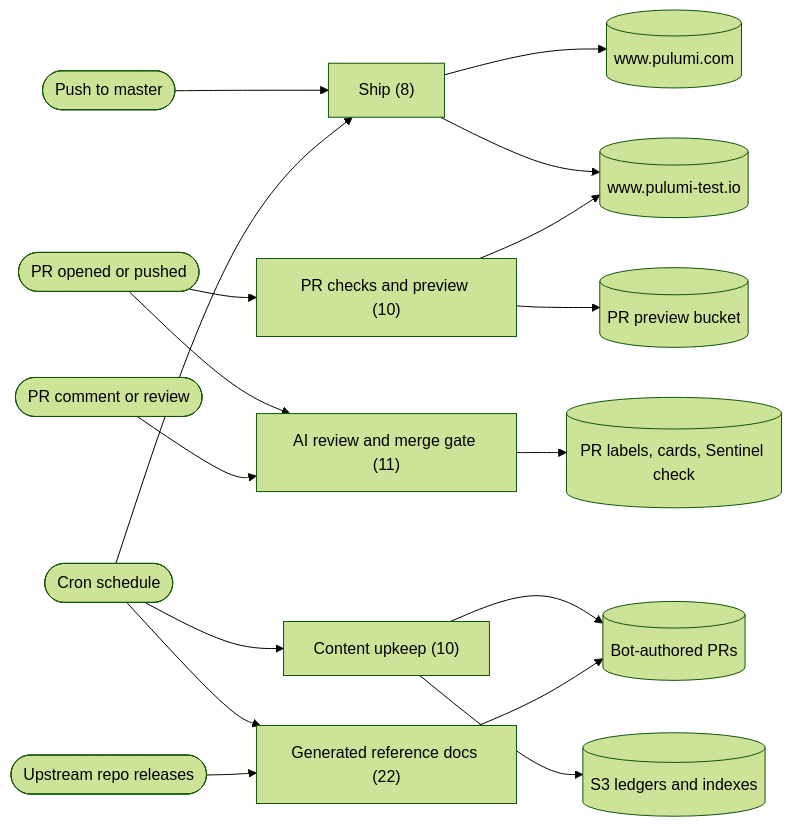
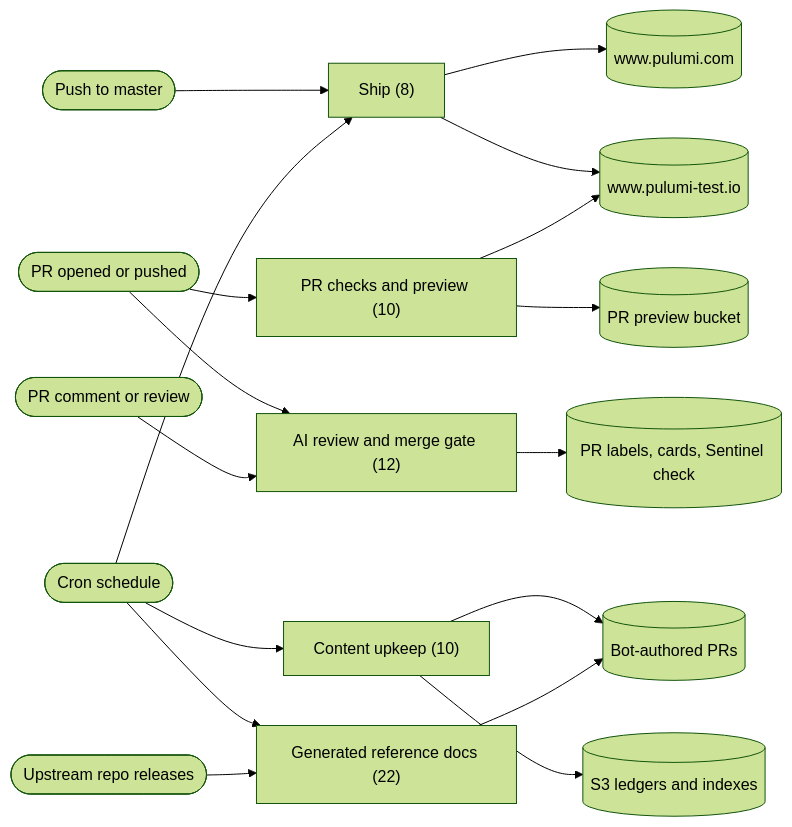
The first of 9 diagrams in BUILD-AND-DEPLOY.md (pulumi/docs), drawn with Mermaid (forest theme) before and after one commit. The commit also changed other lines of this file and 9 other files, not shown here.

````diff
--- a/BUILD-AND-DEPLOY.md
+++ b/BUILD-AND-DEPLOY.md
@@ -1025,35 +1025,35 @@
 ```mermaid
 flowchart LR
   A1(["`Push to master`"])
   A2(["`PR opened or pushed`"])
   A3(["`PR comment or review`"])
   A4(["`Cron schedule`"])
   A5(["`Upstream repo releases`"])
   F1["`Ship (8)`"]
   F2["`PR checks and preview (10)`"]
-  F3["`AI review and merge gate (11)`"]
+  F3["`AI review and merge gate (12)`"]
   F4["`Content upkeep (10)`"]
   F5["`Generated reference docs (22)`"]
   O1[("`www.pulumi.com`")]
   O2[("`www.pulumi-test.io`")]
   O3[("`PR preview bucket`")]
   O5[("`PR labels, cards, Sentinel check`")]
   O4[("`Bot-authored PRs`")]
   O7[("`S3 ledgers and indexes`")]
   A1 --> F1
   A2 --> F2
   A2 --> F3
   A3 --> F3
   A4 --> F1
   A4 --> F4
   A4 --> F5
   A5 --> F5
   F1 --> O1
   F1 --> O2
   F2 --> O3
   F2 --> O2
   F3 --> O5
   F4 --> O4
   F4 --> O7
   F5 --> O4
 ```
````
